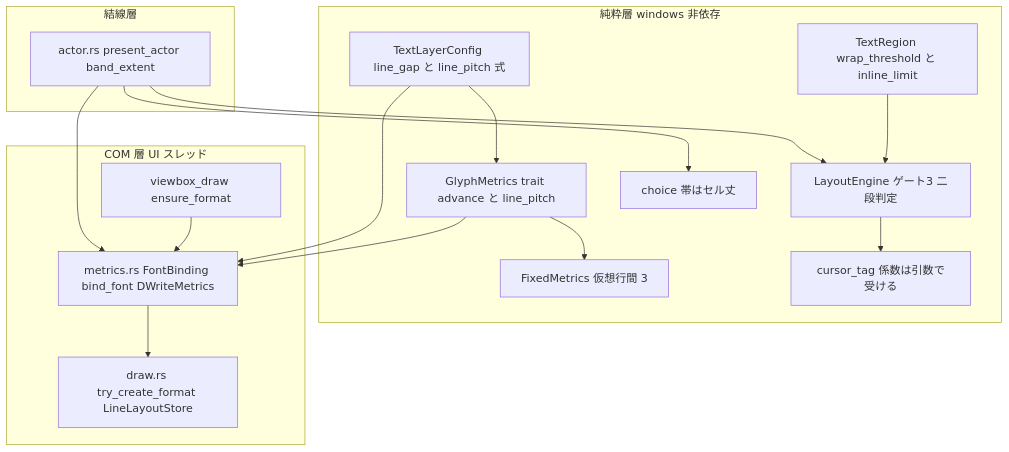
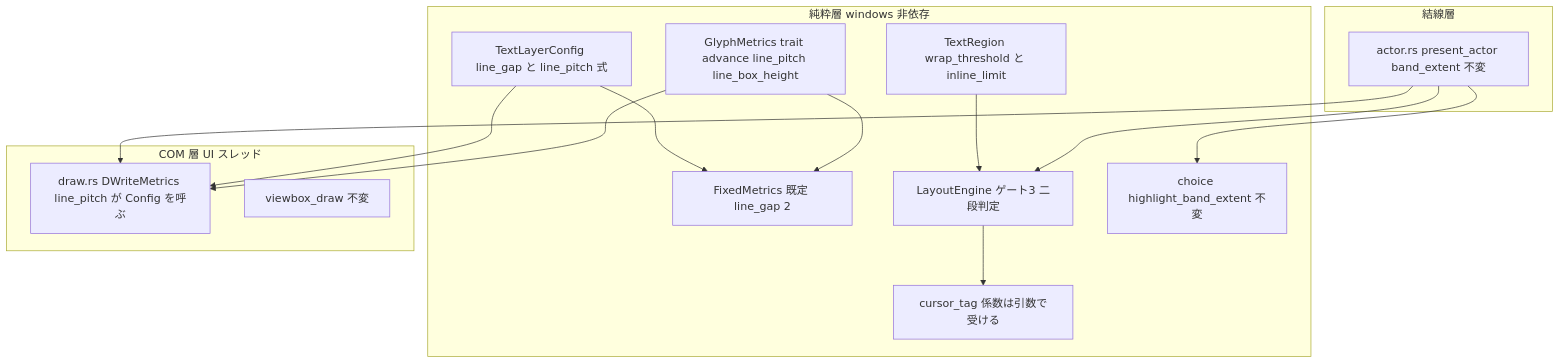
The first of 3 diagrams in .kiro/specs/areka-P0-emo-text-line-height-canon/design.md (ekicyou/areka), drawn with Mermaid before and after one commit. The commit also changed other lines of this file and 3 other files, not shown here.

Commit message:
docs(areka-P0-emo-text-line-height-canon): resolve design discussion #1 - design follows em ruling and constant 2px line gap (no SSP measurement, no metrics.rs)

````diff
--- a/.kiro/specs/areka-P0-emo-text-line-height-canon/design.md
+++ b/.kiro/specs/areka-P0-emo-text-line-height-canon/design.md
@@ -84,31 +81,28 @@
 ```mermaid
 graph TB
     subgraph Pure[純粋層 windows 非依存]
         Config[TextLayerConfig line_gap と line_pitch 式]
-        Trait[GlyphMetrics trait advance と line_pitch]
-        Fixed[FixedMetrics 仮想行間 3]
+        Trait[GlyphMetrics trait advance line_pitch line_box_height]
+        Fixed[FixedMetrics 既定 line_gap 2]
         Region[TextRegion wrap_threshold と inline_limit]
         Layout[LayoutEngine ゲート3 二段判定]
         Cursor[cursor_tag 係数は引数で受ける]
-        Choice[choice 帯はセル丈]
+        Choice[choice highlight_band_extent 不変]
     end
     subgraph Com[COM 層 UI スレッド]
-        Metrics[metrics.rs FontBinding bind_font DWriteMetrics]
-        Draw[draw.rs try_create_format LineLayoutStore]
-        Viewbox[viewbox_draw ensure_format]
+        Draw[draw.rs DWriteMetrics line_pitch が Config を呼ぶ]
+        Viewbox[viewbox_draw 不変]
     end
     subgraph Wire[結線層]
-        Actor[actor.rs present_actor band_extent]
+        Actor[actor.rs present_actor band_extent 不変]
     end
-    Config --> Trait
+    Config --> Fixed
+    Config --> Draw
     Trait --> Fixed
-    Trait --> Metrics
-    Config --> Metrics
-    Metrics --> Draw
-    Viewbox --> Metrics
+    Trait --> Draw
     Region --> Layout
     Layout --> Cursor
-    Actor --> Metrics
+    Actor --> Draw
     Actor --> Layout
     Actor --> Choice
 ```
````
